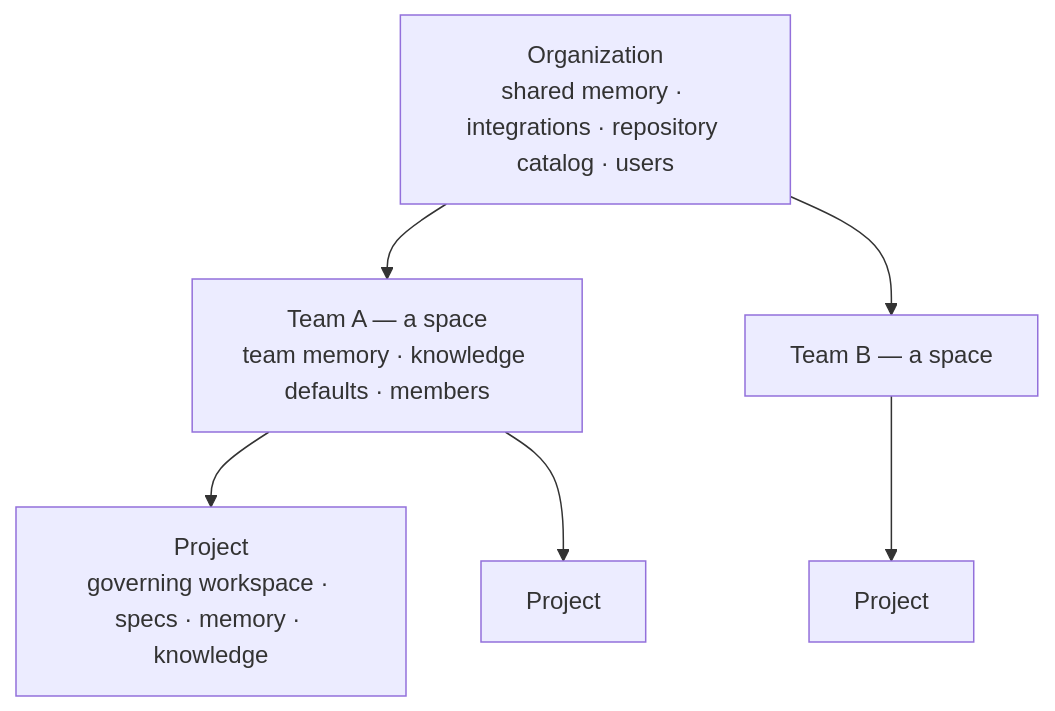
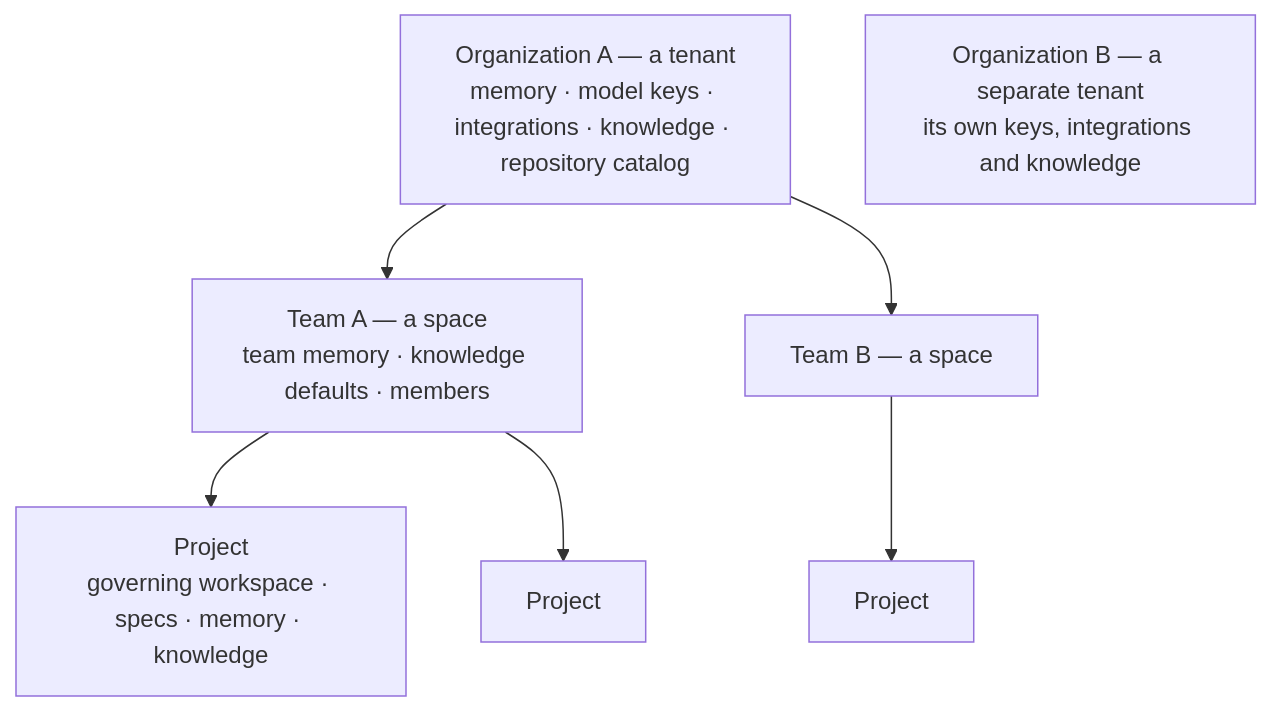
The diagram in docs/concepts/organization-teams-and-access.md (rayedbajwa/spaces), drawn with Mermaid before and after one commit. The commit also changed other lines of this file and 39 other files, not shown here.

````diff
--- a/docs/concepts/organization-teams-and-access.md
+++ b/docs/concepts/organization-teams-and-access.md
@@ -7,9 +8,10 @@
 ```mermaid
 flowchart TB
-  O[Organization<br/>shared memory · integrations · repository catalog · users]
-  O --> T1[Team A — a space<br/>team memory · knowledge defaults · members]
-  O --> T2[Team B — a space]
+  O1[Organization A — a tenant<br/>memory · model keys · integrations · knowledge · repository catalog]
+  O2[Organization B — a separate tenant<br/>its own keys, integrations and knowledge]
+  O1 --> T1[Team A — a space<br/>team memory · knowledge defaults · members]
+  O1 --> T2[Team B — a space]
   T1 --> P1[Project<br/>governing workspace · specs · memory · knowledge]
   T1 --> P2[Project]
   T2 --> P3[Project]
 ```
````
